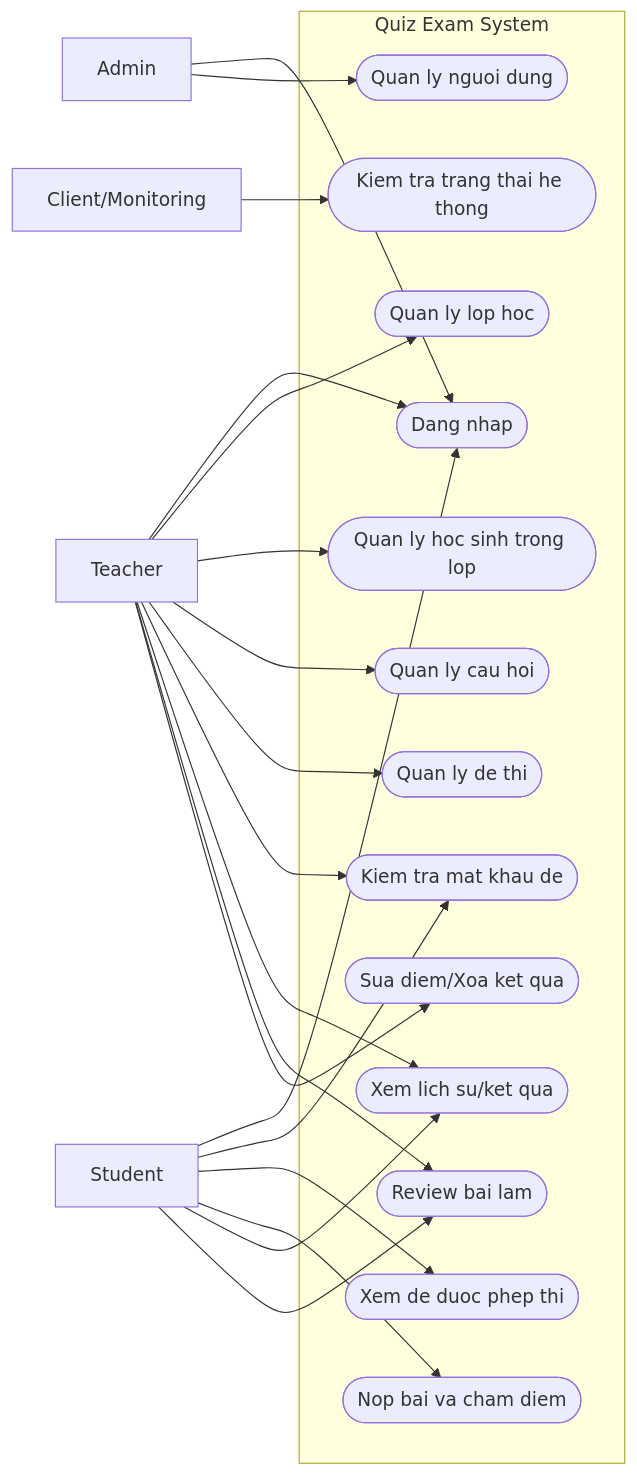
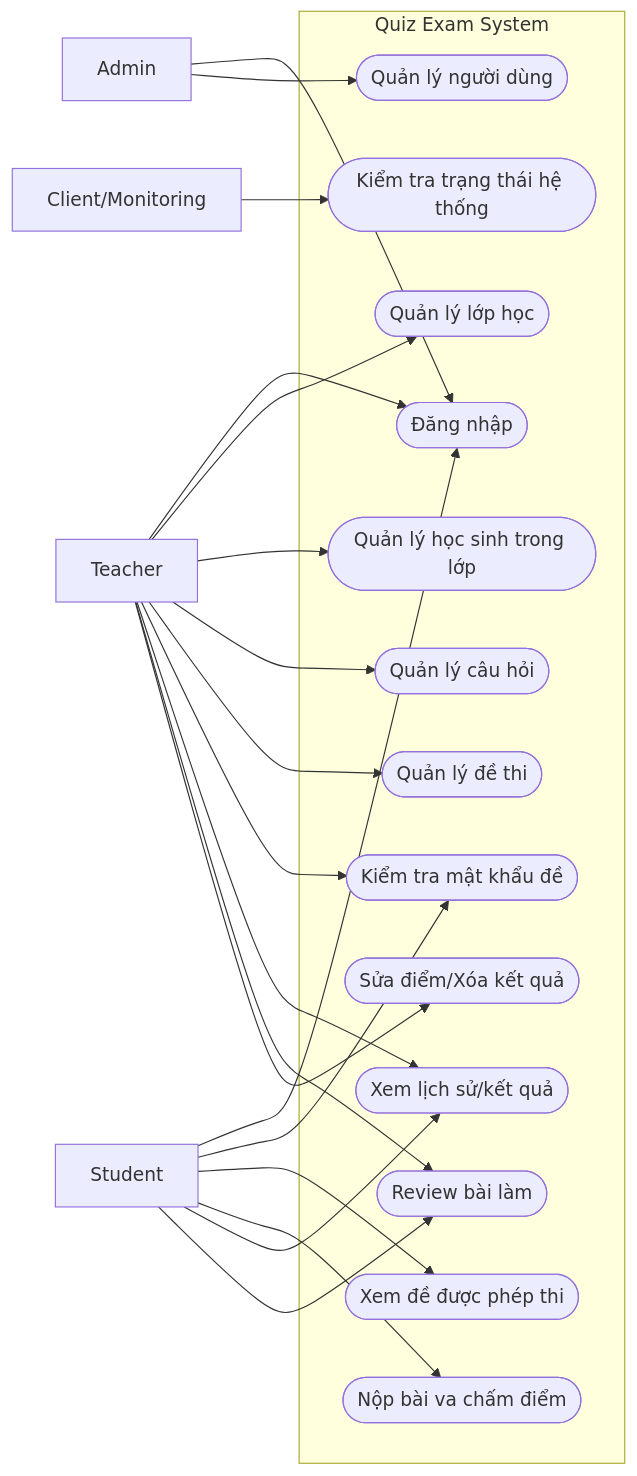
The first of 15 diagrams in docs/UML.md (Tedomi2525/My_project), drawn with Mermaid before and after one commit. The commit also changed other lines of this file, not shown here.

````diff
--- a/docs/UML.md
+++ b/docs/UML.md
@@ -153,45 +153,45 @@
 ```mermaid
 flowchart LR
   Admin[Admin]
   Teacher[Teacher]
   Student[Student]
   Client[Client/Monitoring]
 
   subgraph System[Quiz Exam System]
-    U1([Dang nhap])
-    U2([Kiem tra trang thai he thong])
-    U3([Quan ly nguoi dung])
-    U4([Quan ly lop hoc])
-    U5([Quan ly hoc sinh trong lop])
-    U6([Quan ly cau hoi])
-    U7([Quan ly de thi])
-    U8([Kiem tra mat khau de])
-    U9([Xem de duoc phep thi])
-    U10([Nop bai va cham diem])
-    U11([Xem lich su/ket qua])
-    U12([Review bai lam])
-    U13([Sua diem/Xoa ket qua])
+    U1([Đăng nhập])
+    U2([Kiểm tra trạng thái hệ thống])
+    U3([Quản lý người dùng])
+    U4([Quản lý lớp học])
+    U5([Quản lý học sinh trong lớp])
+    U6([Quản lý câu hỏi])
+    U7([Quản lý đề thi])
+    U8([Kiểm tra mật khẩu đề])
+    U9([Xem đề được phép thi])
+    U10([Nộp bài va chấm điểm])
+    U11([Xem lịch sử/kết quả])
+    U12([Review bài làm])
+    U13([Sửa điểm/Xóa kết quả])
   end
 
   Admin --> U1
   Admin --> U3
 
   Teacher --> U1
   Teacher --> U4
   Teacher --> U5
   Teacher --> U6
   Teacher --> U7
   Teacher --> U8
   Teacher --> U11
   Teacher --> U12
   Teacher --> U13
 
   Student --> U1
   Student --> U8
   Student --> U9
   Student --> U10
   Student --> U11
   Student --> U12
 
   Client --> U2
 ```
````
